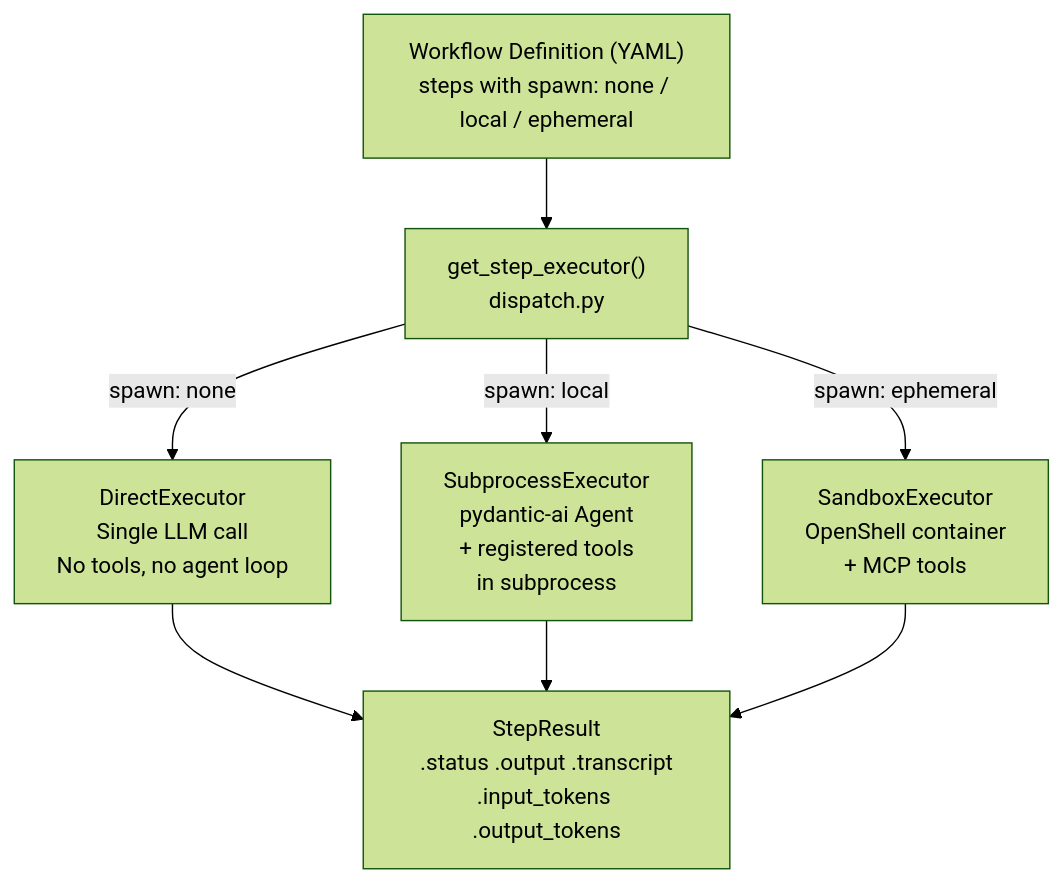
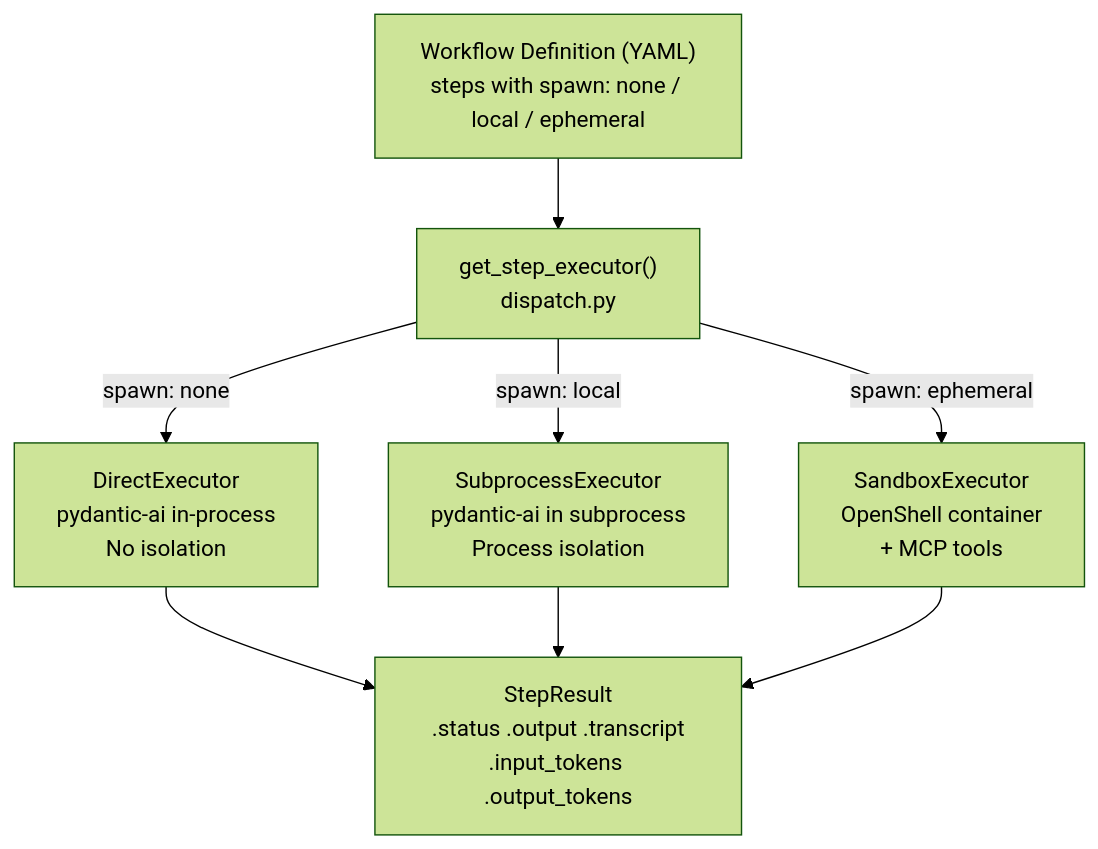
One commit to jameswnl/lightspeed-cloud-agents changed the first of 6 diagrams in docs/tool-registry-architecture.md. Above: the diagram before and after it, drawn with Mermaid (forest theme). The commit also changed other lines of this file, not shown here.

First line of the commit message:
Address review feedback: mark planned features, add MCP/skills roadmap

````diff
--- a/docs/tool-registry-architecture.md
+++ b/docs/tool-registry-architecture.md
@@ -5,13 +8,13 @@
 ```mermaid
 flowchart TD
     YAML["Workflow Definition (YAML)<br/>steps with spawn: none / local / ephemeral"]
     YAML --> dispatch["get_step_executor()<br/>dispatch.py"]
 
-    dispatch -->|"spawn: none"| direct["DirectExecutor<br/>Single LLM call<br/>No tools, no agent loop"]
-    dispatch -->|"spawn: local"| subprocess["SubprocessExecutor<br/>pydantic-ai Agent<br/>+ registered tools<br/>in subprocess"]
+    dispatch -->|"spawn: none"| direct["DirectExecutor<br/>pydantic-ai in-process<br/>No isolation"]
+    dispatch -->|"spawn: local"| subprocess["SubprocessExecutor<br/>pydantic-ai in subprocess<br/>Process isolation"]
     dispatch -->|"spawn: ephemeral"| sandbox["SandboxExecutor<br/>OpenShell container<br/>+ MCP tools"]
 
     direct --> result["StepResult<br/>.status .output .transcript<br/>.input_tokens .output_tokens"]
     subprocess --> result
     sandbox --> result
 ```
````
